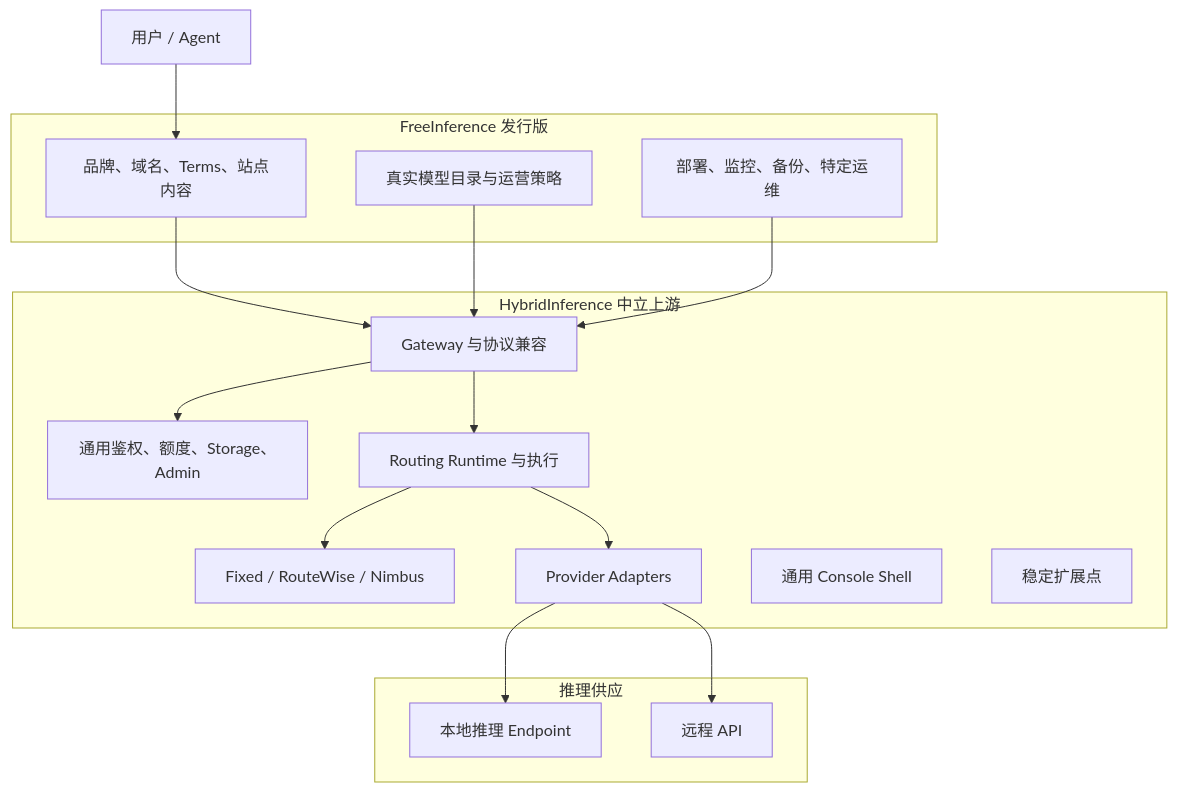
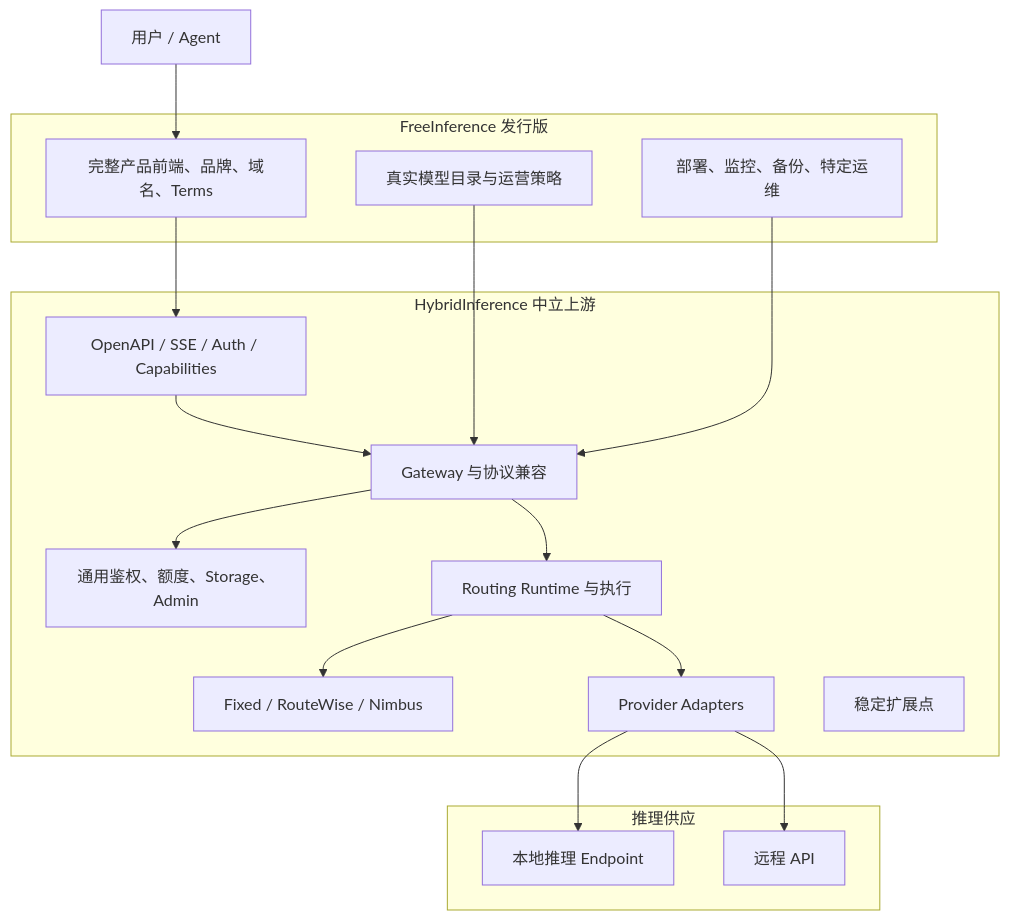
Before and after one commit to HarvardMadSys/hybridInference: the second of 4 diagrams in docs/agents/specs/2026-07-16-hybridinference-neutral-upstream-multi-distribution-design.zh.md, drawn with Mermaid. The commit also changed other lines of this file and 5 other files, not shown here.

```diff
--- a/docs/agents/specs/2026-07-16-hybridinference-neutral-upstream-multi-distribution-design.zh.md
+++ b/docs/agents/specs/2026-07-16-hybridinference-neutral-upstream-multi-distribution-design.zh.md
@@ -174,36 +181,37 @@
 ~~~mermaid
 flowchart TB
     Client["用户 / Agent"]
 
     subgraph Distribution["FreeInference 发行版"]
-        Brand["品牌、域名、Terms、站点内容"]
+        Brand["完整产品前端、品牌、域名、Terms"]
         Catalog["真实模型目录与运营策略"]
         Ops["部署、监控、备份、特定运维"]
     end
 
     subgraph Upstream["HybridInference 中立上游"]
         Gateway["Gateway 与协议兼容"]
         Control["通用鉴权、额度、Storage、Admin"]
         Runtime["Routing Runtime 与执行"]
         Algorithms["Fixed / RouteWise / Nimbus"]
         Adapters["Provider Adapters"]
-        Console["通用 Console Shell"]
+        Contract["OpenAPI / SSE / Auth / Capabilities"]
         Seams["稳定扩展点"]
     end
 
     subgraph Providers["推理供应"]
         Local["本地推理 Endpoint"]
         Remote["远程 API"]
     end
 
     Client --> Brand
-    Brand --> Gateway
+    Brand --> Contract
+    Contract --> Gateway
     Catalog --> Gateway
     Gateway --> Control
     Gateway --> Runtime
     Runtime --> Algorithms
     Runtime --> Adapters
     Adapters --> Local
     Adapters --> Remote
     Ops --> Gateway
 ~~~
```
